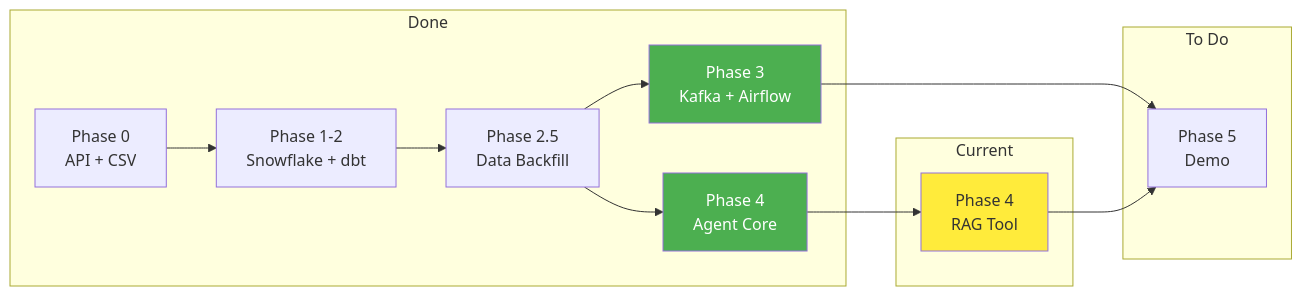
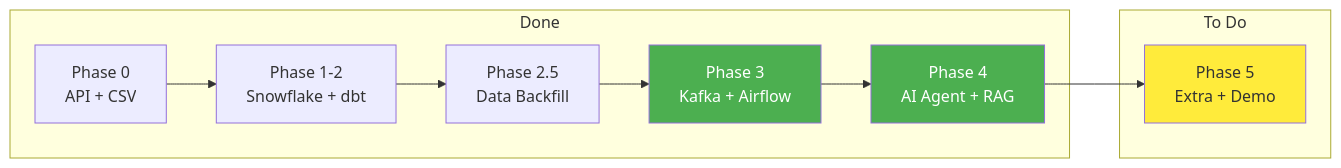
One commit to ThaiLe1220/fa-c002-lab-eu changed the diagram in docs/PROJECT_PLAN.md. Above: the diagram before and after it, drawn with Mermaid. The commit also changed other lines of this file and 19 other files, not shown here.

First line of the commit message:
feat: implement RAG tool and fix CI pipeline

````diff
--- a/docs/PROJECT_PLAN.md
+++ b/docs/PROJECT_PLAN.md
@@ -5,26 +5,20 @@
 ```mermaid
 graph LR
     subgraph "Done"
         P0[Phase 0<br/>API + CSV]
         P1[Phase 1-2<br/>Snowflake + dbt]
         P25[Phase 2.5<br/>Data Backfill]
         P3[Phase 3<br/>Kafka + Airflow]
-        P4A[Phase 4<br/>Agent Core]
-    end
-
-    subgraph "Current"
-        P4B[Phase 4<br/>RAG Tool]
+        P4[Phase 4<br/>AI Agent + RAG]
     end
 
     subgraph "To Do"
-        P5[Phase 5<br/>Demo]
+        P5[Phase 5<br/>Extra + Demo]
     end
 
-    P0 --> P1 --> P25 --> P4A
-    P25 --> P3 --> P5
-    P4A --> P4B --> P5
+    P0 --> P1 --> P25 --> P3 --> P4 --> P5
 
-    style P4B fill:#ffeb3b
+    style P4 fill:#4caf50,color:#fff
     style P3 fill:#4caf50,color:#fff
-    style P4A fill:#4caf50,color:#fff
+    style P5 fill:#ffeb3b
 ```
````
